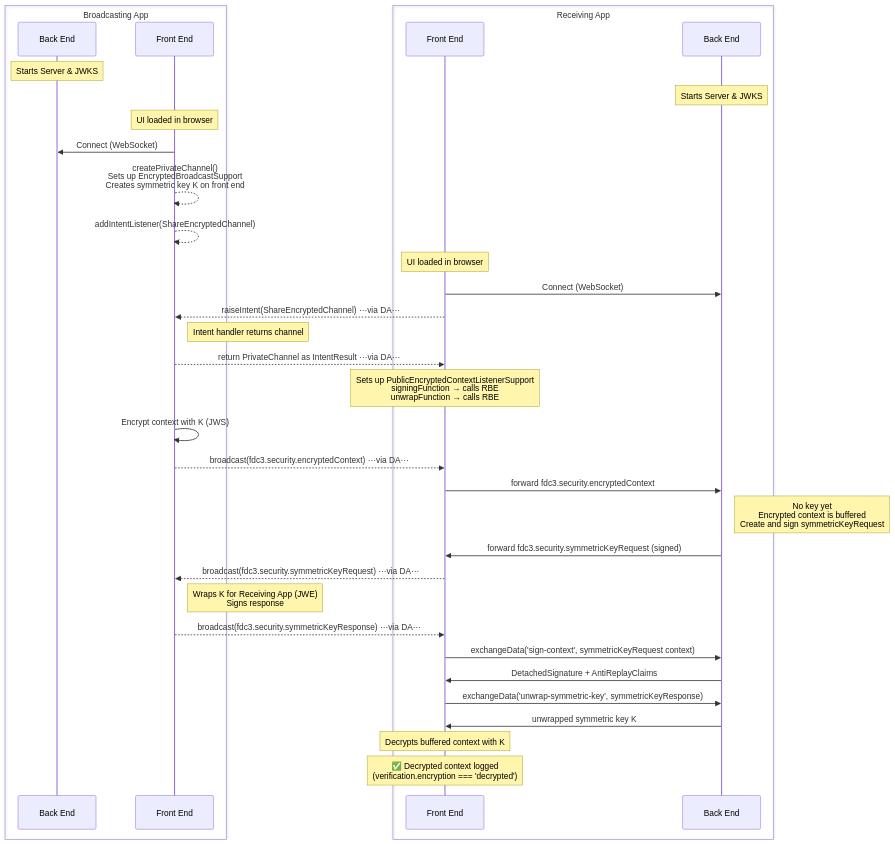
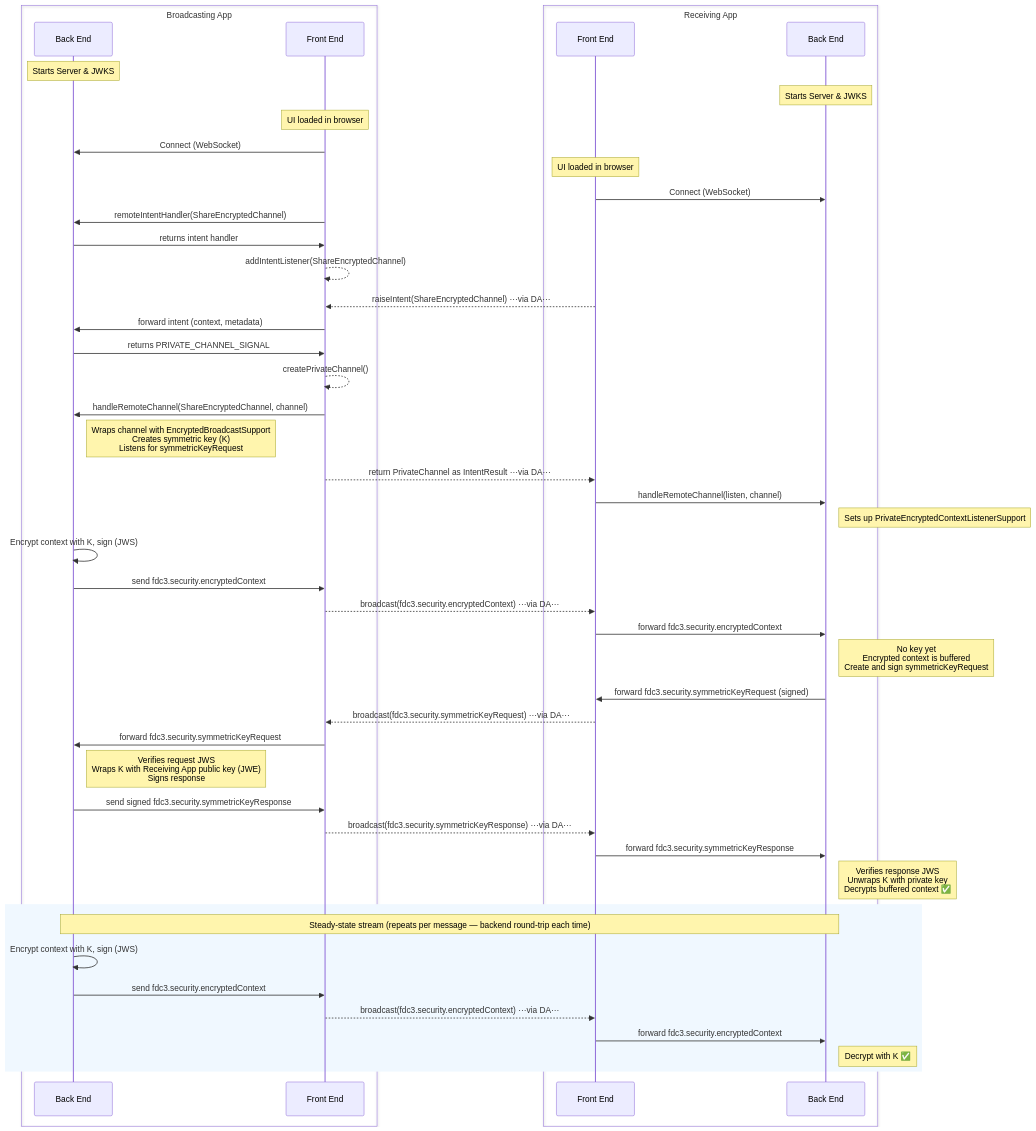
One commit to finos/FDC3 changed the second of 5 diagrams in packages/fdc3-security/samples/README.md. Above: the diagram before and after it, drawn with Mermaid. The commit also changed other lines of this file, not shown here.

Commit message:
Improving fdc3-security samples diagrams bassed on feedback

````diff
--- a/packages/fdc3-security/samples/README.md
+++ b/packages/fdc3-security/samples/README.md
@@ -91,45 +80,59 @@
 ```mermaid
 sequenceDiagram
     box Broadcasting App
         participant BBE as Back End
         participant BFE as Front End
     end
     box Receiving App
         participant RFE as Front End
         participant RBE as Back End
     end
 
     Note over BBE: Starts Server & JWKS
     Note over RBE: Starts Server & JWKS
 
     Note over BFE: UI loaded in browser
     BFE->>BBE: Connect (WebSocket)
-    BFE-->>BFE: createPrivateChannel()<br/>Sets up EncryptedBroadcastSupport<br/>Creates symmetric key K on front end
+    
+    Note over RFE: UI loaded in browser
+    RFE->>RBE: Connect (WebSocket)
+    
+    BFE->>BBE: remoteIntentHandler(ShareEncryptedChannel)
+    BBE->>BFE: returns intent handler
     BFE-->>BFE: addIntentListener(ShareEncryptedChannel)
 
-    Note over RFE: UI loaded in browser
-    RFE->>RBE: Connect (WebSocket)
     RFE-->>BFE: raiseIntent(ShareEncryptedChannel) ···via DA···
-    Note right of BFE: Intent handler returns channel
+    BFE->>BBE: forward intent (context, metadata)
+    BBE->>BFE: returns PRIVATE_CHANNEL_SIGNAL
+    BFE-->>BFE: createPrivateChannel()
+    BFE->>BBE: handleRemoteChannel(ShareEncryptedChannel, channel)
+    Note right of BBE: Wraps channel with EncryptedBroadcastSupport<br/>Creates symmetric key (K)<br/>Listens for symmetricKeyRequest
     BFE-->>RFE: return PrivateChannel as IntentResult ···via DA···
 
-    Note over RFE: Sets up PublicEncryptedContextListenerSupport<br/>signingFunction → calls RBE<br/>unwrapFunction → calls RBE
+    RFE->>RBE: handleRemoteChannel(listen, channel)
+    Note right of RBE: Sets up PrivateEncryptedContextListenerSupport
 
-    BFE->>BFE: Encrypt context with K (JWS)
+    BBE->>BBE: Encrypt context with K, sign (JWS)
+    BBE->>BFE: send fdc3.security.encryptedContext
     BFE-->>RFE: broadcast(fdc3.security.encryptedContext) ···via DA···
     RFE->>RBE: forward fdc3.security.encryptedContext
     Note right of RBE: No key yet<br/>Encrypted context is buffered<br/>Create and sign symmetricKeyRequest
 
     RBE->>RFE: forward fdc3.security.symmetricKeyRequest (signed)
     RFE-->>BFE: broadcast(fdc3.security.symmetricKeyRequest) ···via DA···
-    Note right of BFE: Wraps K for Receiving App (JWE)<br/>Signs response
+    BFE->>BBE: forward fdc3.security.symmetricKeyRequest
+    Note right of BBE: Verifies request JWS<br/>Wraps K with Receiving App public key (JWE)<br/>Signs response
+    BBE->>BFE: send signed fdc3.security.symmetricKeyResponse
     BFE-->>RFE: broadcast(fdc3.security.symmetricKeyResponse) ···via DA···
+    RFE->>RBE: forward fdc3.security.symmetricKeyResponse
+    Note right of RBE: Verifies response JWS<br/>Unwraps K with private key<br/>Decrypts buffered context ✅
 
-    RFE->>RBE: exchangeData('sign-context', symmetricKeyRequest context)
-    RBE->>RFE: DetachedSignature + AntiReplayClaims
-    RFE->>RBE: exchangeData('unwrap-symmetric-key', symmetricKeyResponse)
-    RBE->>RFE: unwrapped symmetric key K
-
-    Note over RFE: Decrypts buffered context with K
-    Note over RFE: ✅ Decrypted context logged<br/>(verification.encryption === 'decrypted')
+    rect rgb(240, 248, 255)
+    Note over BBE,RBE: Steady-state stream (repeats per message — backend round-trip each time)
+    BBE->>BBE: Encrypt context with K, sign (JWS)
+    BBE->>BFE: send fdc3.security.encryptedContext
+    BFE-->>RFE: broadcast(fdc3.security.encryptedContext) ···via DA···
+    RFE->>RBE: forward fdc3.security.encryptedContext
+    Note right of RBE: Decrypt with K ✅
+    end
 ```
````
